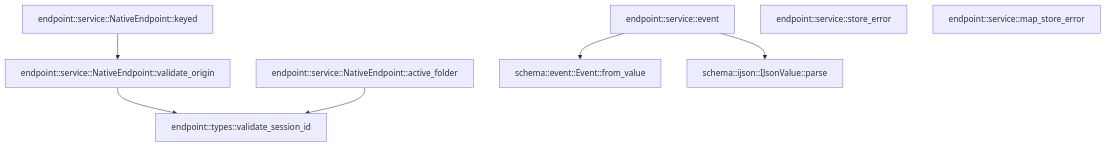
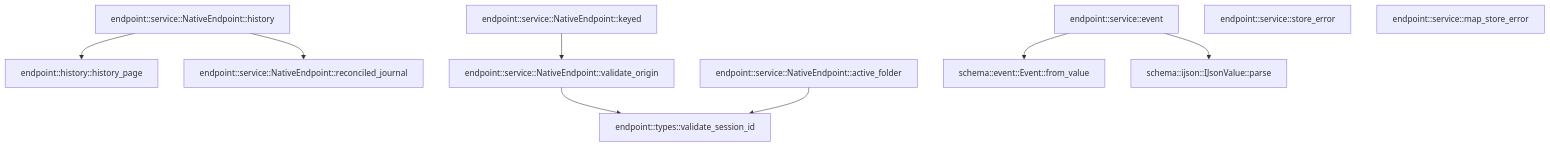
Before and after one commit to TekesApps/TekesKernel: the third of 3 diagrams in crates/endpoint/docs/generated/src--service.md, drawn with Mermaid. The commit also changed other lines of this file and 140 other files, not shown here.

````diff
--- a/crates/endpoint/docs/generated/src--service.md
+++ b/crates/endpoint/docs/generated/src--service.md
@@ -254,17 +256,22 @@
 ```mermaid
 flowchart TD
-  n0["endpoint::service::NativeEndpoint::keyed"]
-  n1["endpoint::service::NativeEndpoint::validate_origin"]
-  n2["endpoint::service::NativeEndpoint::active_folder"]
-  n3["endpoint::service::event"]
-  n4["endpoint::service::store_error"]
-  n5["endpoint::service::map_store_error"]
-  n6["endpoint::types::validate_session_id"]
-  n7["schema::event::Event::from_value"]
-  n8["schema::ijson::IJsonValue::parse"]
-  n0 --> n1
-  n1 --> n6
-  n2 --> n6
-  n3 --> n7
-  n3 --> n8
+  n0["endpoint::history::history_page"]
+  n1["endpoint::service::NativeEndpoint::reconciled_journal"]
+  n2["endpoint::service::NativeEndpoint::history"]
+  n3["endpoint::service::NativeEndpoint::keyed"]
+  n4["endpoint::service::NativeEndpoint::validate_origin"]
+  n5["endpoint::service::NativeEndpoint::active_folder"]
+  n6["endpoint::service::event"]
+  n7["endpoint::service::store_error"]
+  n8["endpoint::service::map_store_error"]
+  n9["endpoint::types::validate_session_id"]
+  n10["schema::event::Event::from_value"]
+  n11["schema::ijson::IJsonValue::parse"]
+  n2 --> n0
+  n2 --> n1
+  n3 --> n4
+  n4 --> n9
+  n5 --> n9
+  n6 --> n10
+  n6 --> n11
 ```
````
